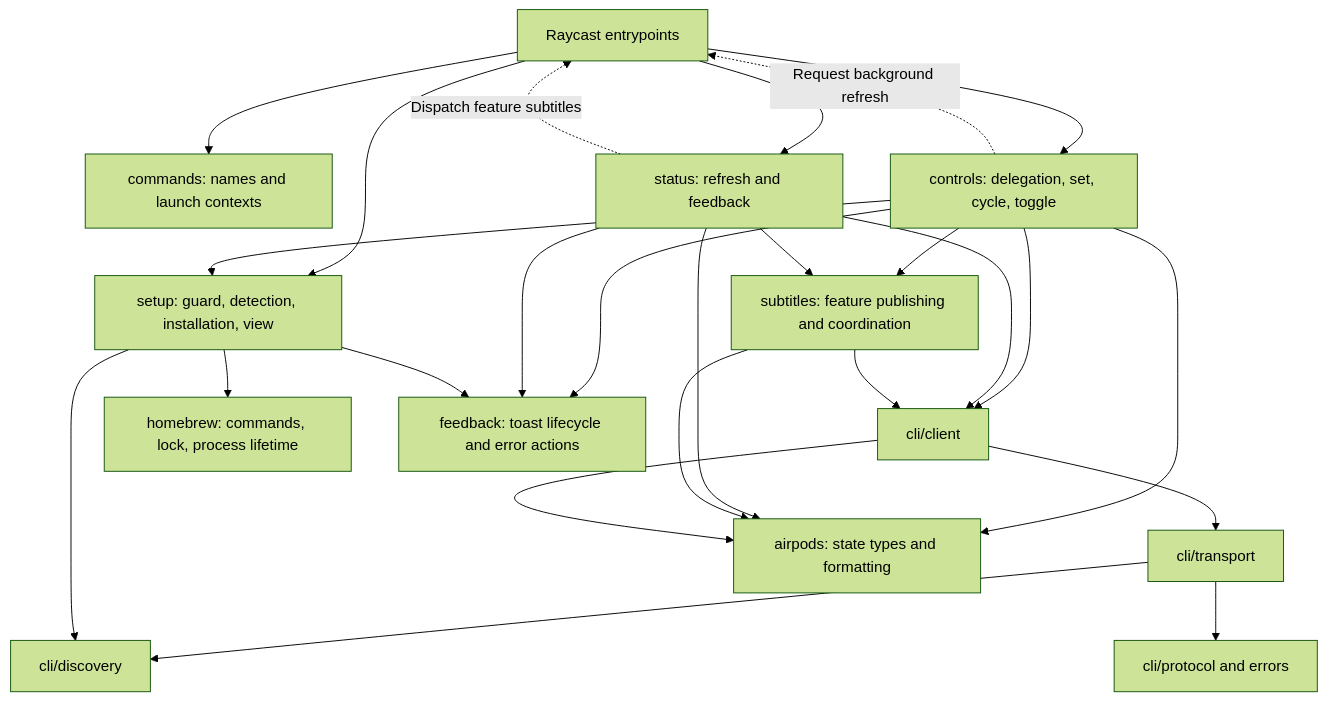
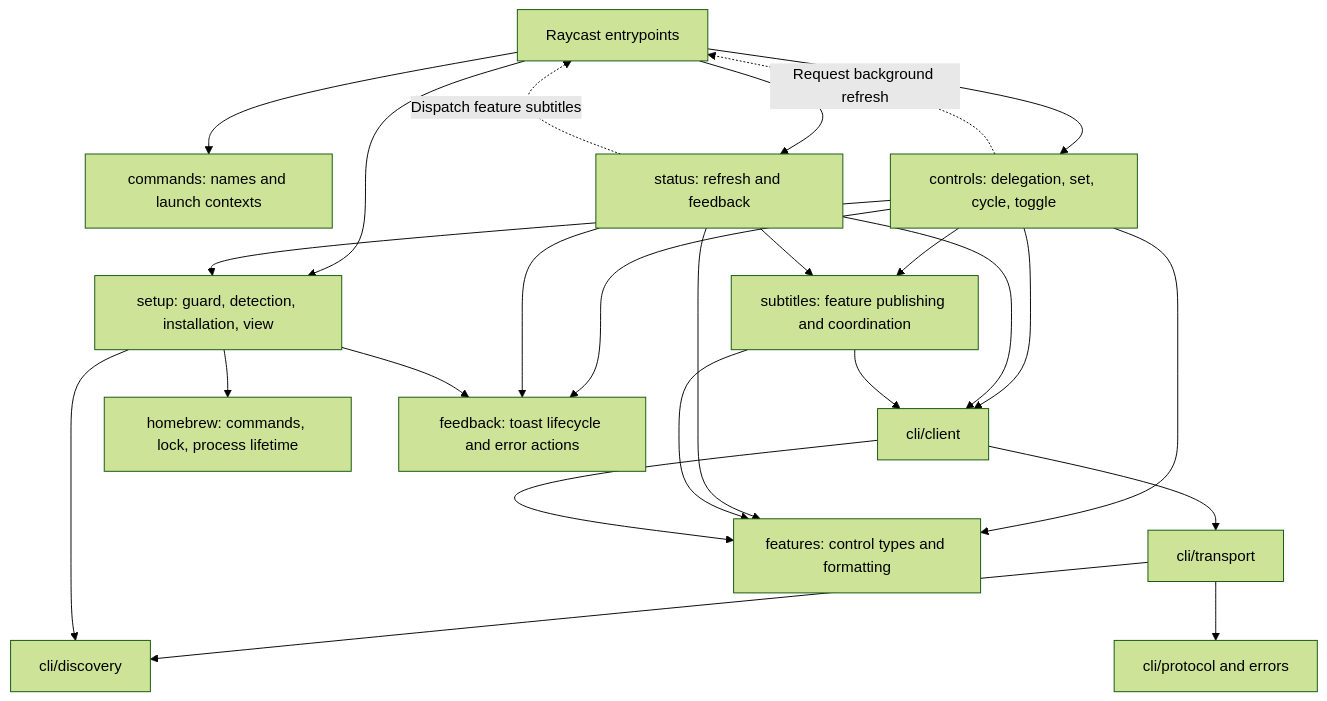
The diagram in ARCHITECTURE.md (raulgg/raycast-extension-airpods-control), drawn with Mermaid (forest theme) before and after one commit. The commit also changed other lines of this file and 15 other files, not shown here.

First line of the commit message:
refactor: move device state types into src/features

````diff
--- a/ARCHITECTURE.md
+++ b/ARCHITECTURE.md
@@ -29,27 +29,27 @@
 ```mermaid
 flowchart TD
   Entry[Raycast entrypoints] --> Contracts[commands: names and launch contexts]
   Entry --> Controls[controls: delegation, set, cycle, toggle]
   Entry --> Status[status: refresh and feedback]
   Entry --> Setup[setup: guard, detection, installation, view]
   Controls --> Setup
   Controls --> Subtitles[subtitles: feature publishing and coordination]
   Status --> Subtitles
   Controls --> Client[cli/client]
   Status --> Client
   Subtitles --> Client
   Controls -. Request background refresh .-> Entry
   Status -. Dispatch feature subtitles .-> Entry
   Client --> Transport[cli/transport]
   Transport --> Discovery[cli/discovery]
   Transport --> Protocol[cli/protocol and errors]
   Setup --> Discovery
   Setup --> Brew[homebrew: commands, lock, process lifetime]
   Controls --> Feedback[feedback: toast lifecycle and error actions]
   Status --> Feedback
   Setup --> Feedback
-  Controls --> Domain[airpods: state types and formatting]
+  Controls --> Domain[features: control types and formatting]
   Status --> Domain
   Subtitles --> Domain
   Client --> Domain
 ```
````
